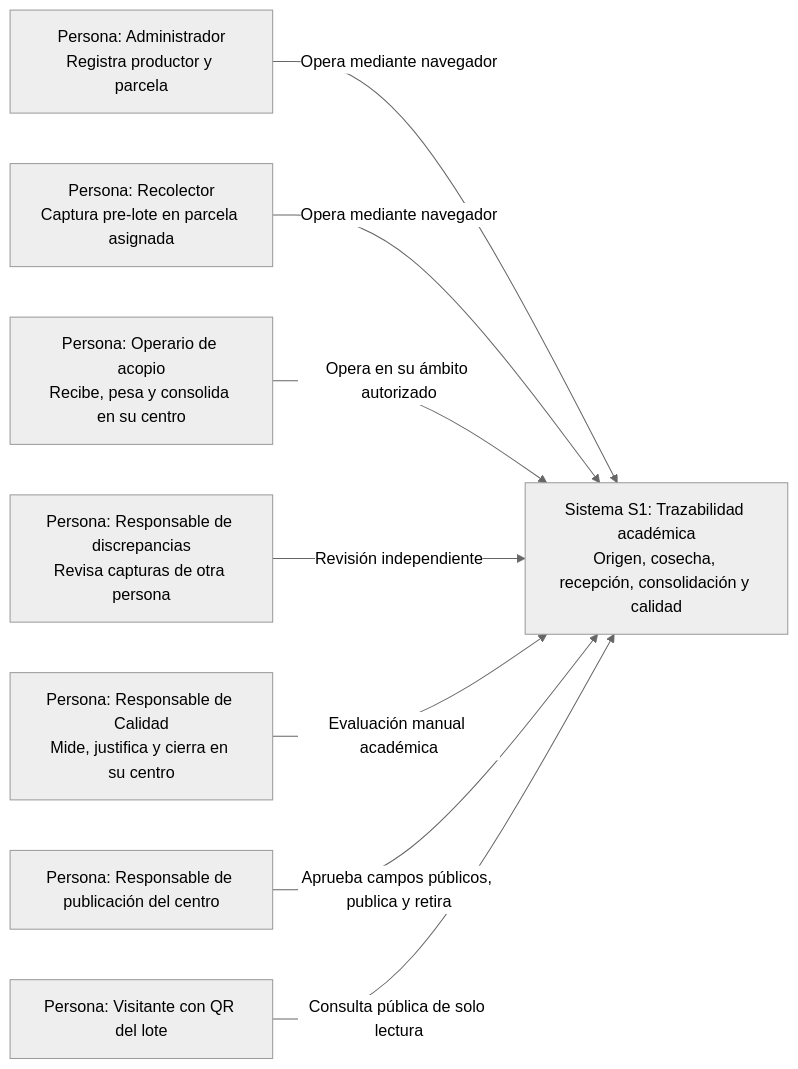
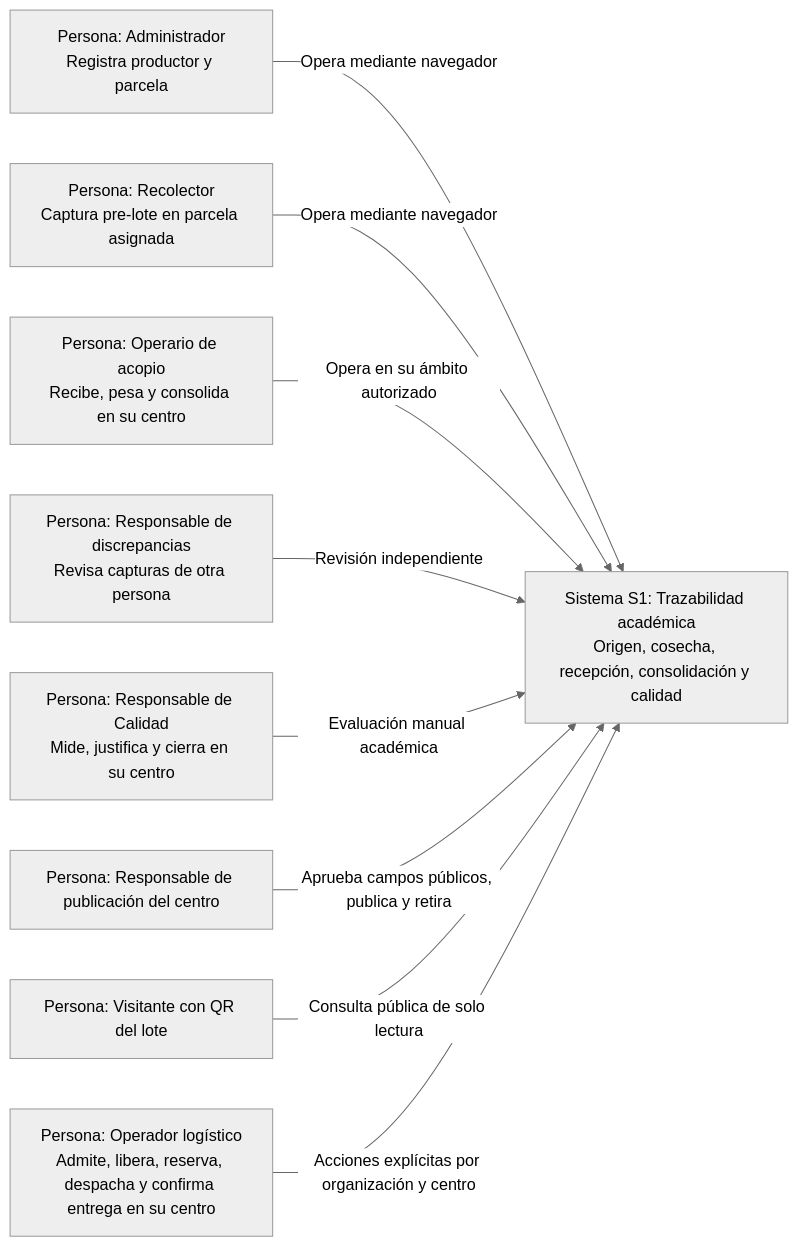
The first of 8 diagrams in docs/04-modelo-c4/modelo-c4.md (carlosgaraundo27-svg/Trazabilidad-Agricola-Arquitectura), drawn with Mermaid (neutral theme) before and after one commit. The commit also changed other lines of this file and 24 other files, not shown here.

````diff
--- a/docs/04-modelo-c4/modelo-c4.md
+++ b/docs/04-modelo-c4/modelo-c4.md
@@ -17,18 +17,20 @@
 ```mermaid
 flowchart LR
   ADMIN["Persona: Administrador<br/>Registra productor y parcela"]
   CAMPO["Persona: Recolector<br/>Captura pre-lote en parcela asignada"]
   ACOPIO["Persona: Operario de acopio<br/>Recibe, pesa y consolida en su centro"]
   RESPONSABLE["Persona: Responsable de discrepancias<br/>Revisa capturas de otra persona"]
   CALIDAD["Persona: Responsable de Calidad<br/>Mide, justifica y cierra en su centro"]
   PUBLICADOR["Persona: Responsable de publicación del centro"]
   VISITANTE["Persona: Visitante con QR del lote"]
+  LOGISTICA["Persona: Operador logístico<br/>Admite, libera, reserva, despacha y confirma entrega en su centro"]
   S1["Sistema S1: Trazabilidad académica<br/>Origen, cosecha, recepción, consolidación y calidad"]
   ADMIN -->|"Opera mediante navegador"| S1
   CAMPO -->|"Opera mediante navegador"| S1
   ACOPIO -->|"Opera en su ámbito autorizado"| S1
   RESPONSABLE -->|"Revisión independiente"| S1
   CALIDAD -->|"Evaluación manual académica"| S1
   PUBLICADOR -->|"Aprueba campos públicos, publica y retira"| S1
   VISITANTE -->|"Consulta pública de solo lectura"| S1
+  LOGISTICA -->|"Acciones explícitas por organización y centro"| S1
 ```
````
